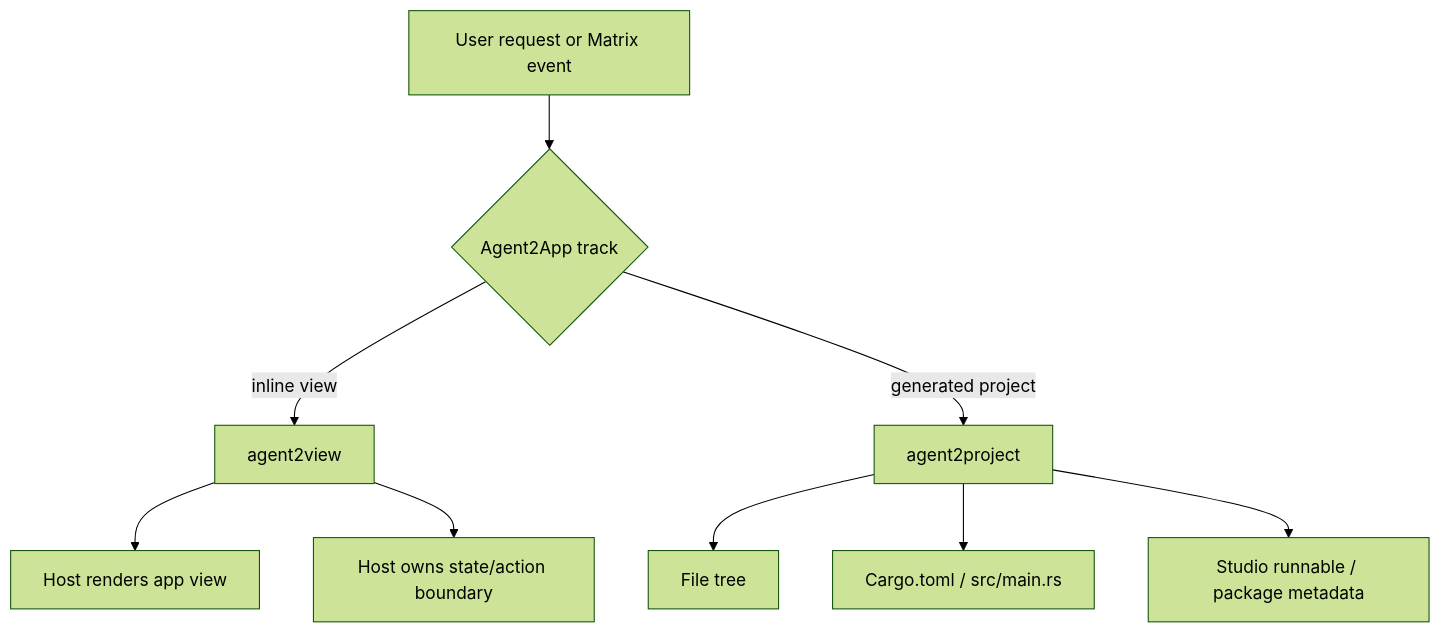
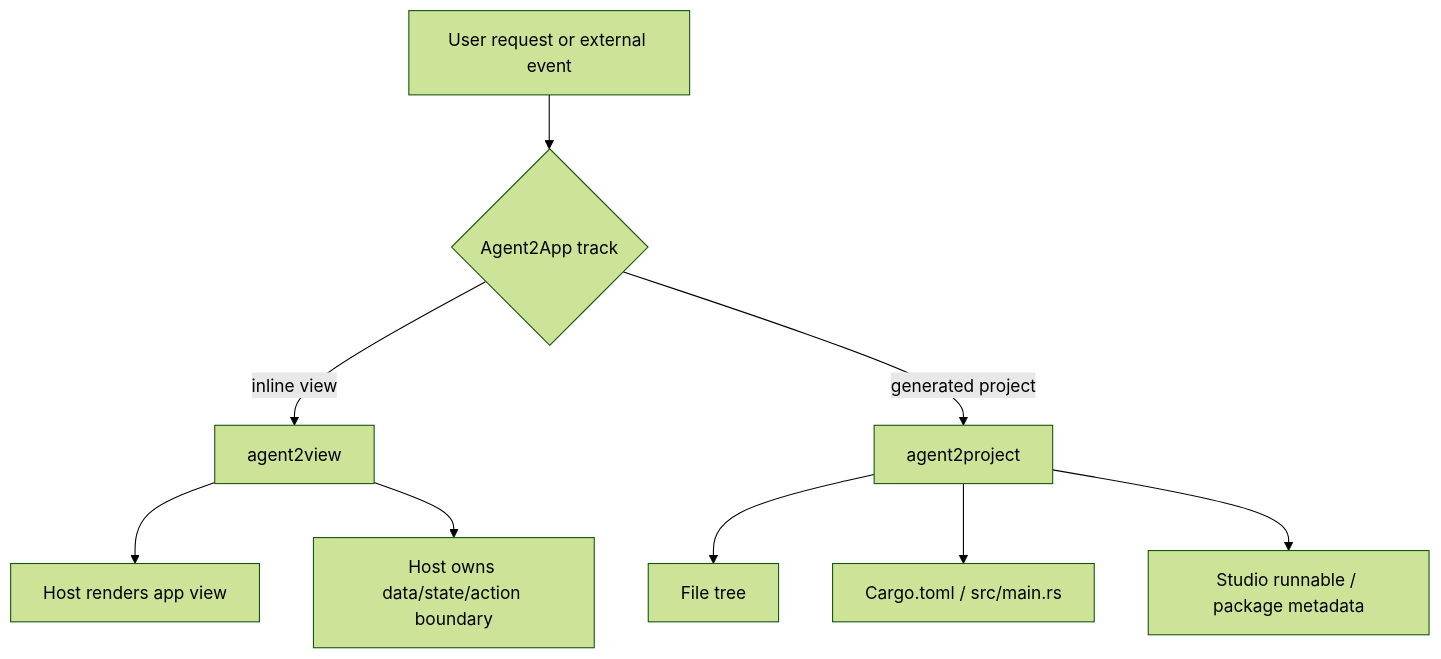
The second of 2 diagrams in examples/aichat/specs/agent2app-book/src/01-goals-and-boundaries.md (ZhangHanDong/makepad), drawn with Mermaid (forest theme) before and after one commit. The commit also changed other lines of this file and 37 other files, not shown here.

Commit message:
Document agent2app aichat rollout

````diff
--- a/examples/aichat/specs/agent2app-book/src/01-goals-and-boundaries.md
+++ b/examples/aichat/specs/agent2app-book/src/01-goals-and-boundaries.md
@@ -18,13 +48,13 @@
 ```mermaid
 flowchart TB
-    U[User request or Matrix event] --> A{Agent2App track}
+    U[User request or external event] --> A{Agent2App track}
     A -->|inline view| V[agent2view]
     A -->|generated project| P[agent2project]
 
     V --> VH[Host renders app view]
-    V --> VS[Host owns state/action boundary]
+    V --> VS[Host owns data/state/action boundary]
 
     P --> PF[File tree]
     P --> PC[Cargo.toml / src/main.rs]
     P --> PR[Studio runnable / package metadata]
 ```
````
